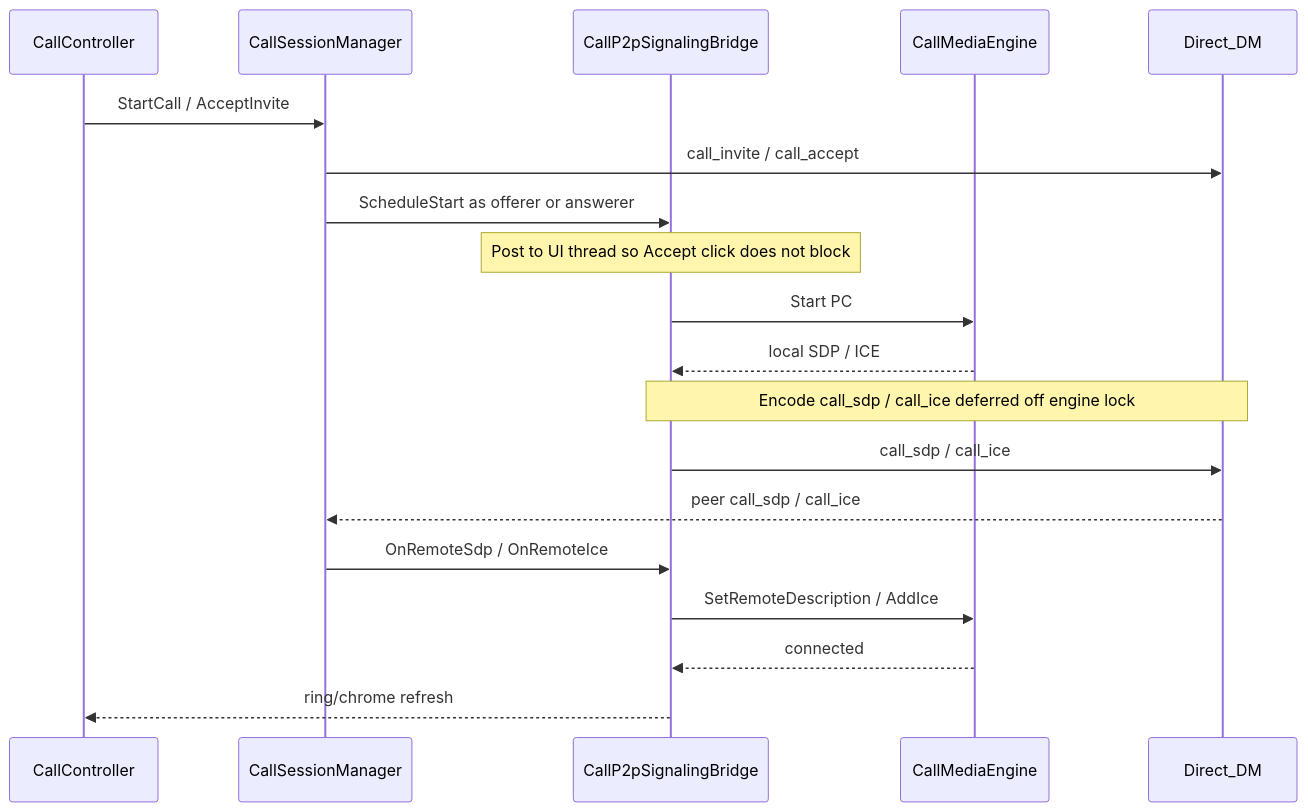
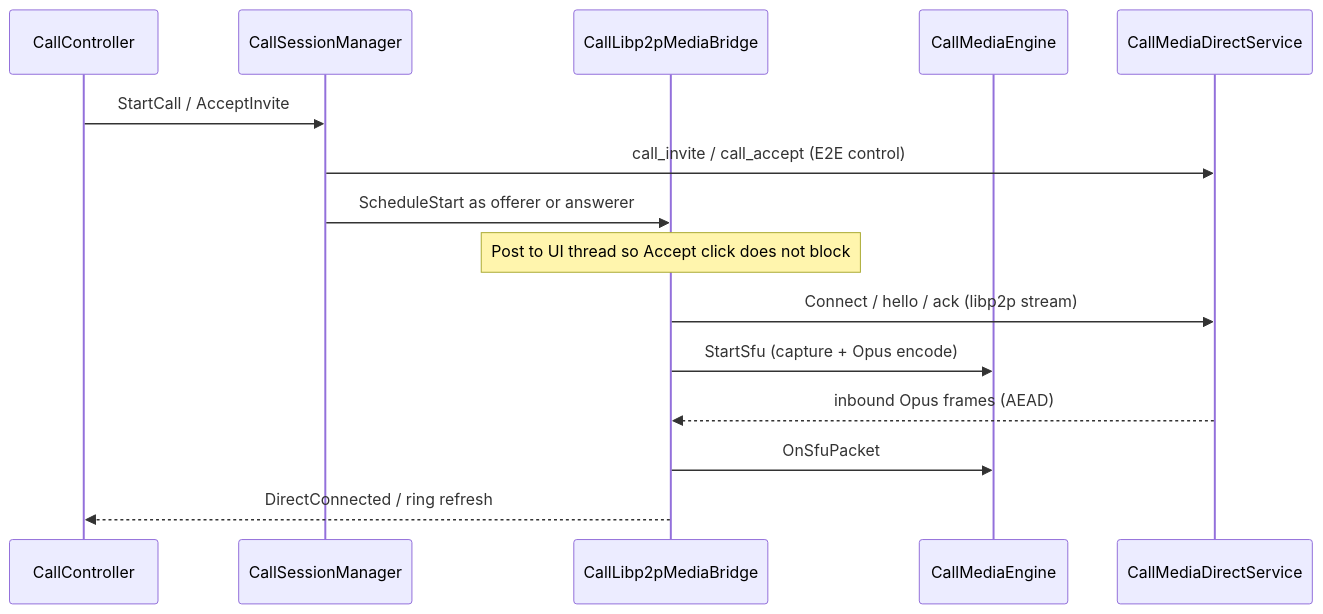
One commit to people-post/pp-browser changed the fourth of 5 diagrams in docs/architecture/CALLS.md. Above: the diagram before and after it, drawn with Mermaid. The commit also changed other lines of this file and 20 other files, not shown here.

````diff
--- a/docs/architecture/CALLS.md
+++ b/docs/architecture/CALLS.md
@@ -202,22 +201,18 @@
 ```mermaid
 sequenceDiagram
   participant UI as CallController
   participant CSM as CallSessionManager
-  participant P2P as CallP2pSignalingBridge
+  participant L2P as CallLibp2pMediaBridge
   participant Eng as CallMediaEngine
-  participant DM as Direct_DM
+  participant DM as CallMediaDirectService
 
   UI->>CSM: StartCall / AcceptInvite
-  CSM->>DM: call_invite / call_accept
-  CSM->>P2P: ScheduleStart as offerer or answerer
-  Note over P2P: Post to UI thread so Accept click does not block
-  P2P->>Eng: Start PC
-  Eng-->>P2P: local SDP / ICE
-  Note over P2P,DM: Encode call_sdp / call_ice deferred off engine lock
-  P2P->>DM: call_sdp / call_ice
-  DM-->>CSM: peer call_sdp / call_ice
-  CSM->>P2P: OnRemoteSdp / OnRemoteIce
-  P2P->>Eng: SetRemoteDescription / AddIce
-  Eng-->>P2P: connected
-  P2P-->>UI: ring/chrome refresh
+  CSM->>DM: call_invite / call_accept (E2E control)
+  CSM->>L2P: ScheduleStart as offerer or answerer
+  Note over L2P: Post to UI thread so Accept click does not block
+  L2P->>DM: Connect / hello / ack (libp2p stream)
+  L2P->>Eng: StartSfu (capture + Opus encode)
+  DM-->>L2P: inbound Opus frames (AEAD)
+  L2P->>Eng: OnSfuPacket
+  L2P-->>UI: DirectConnected / ring refresh
 ```
````
